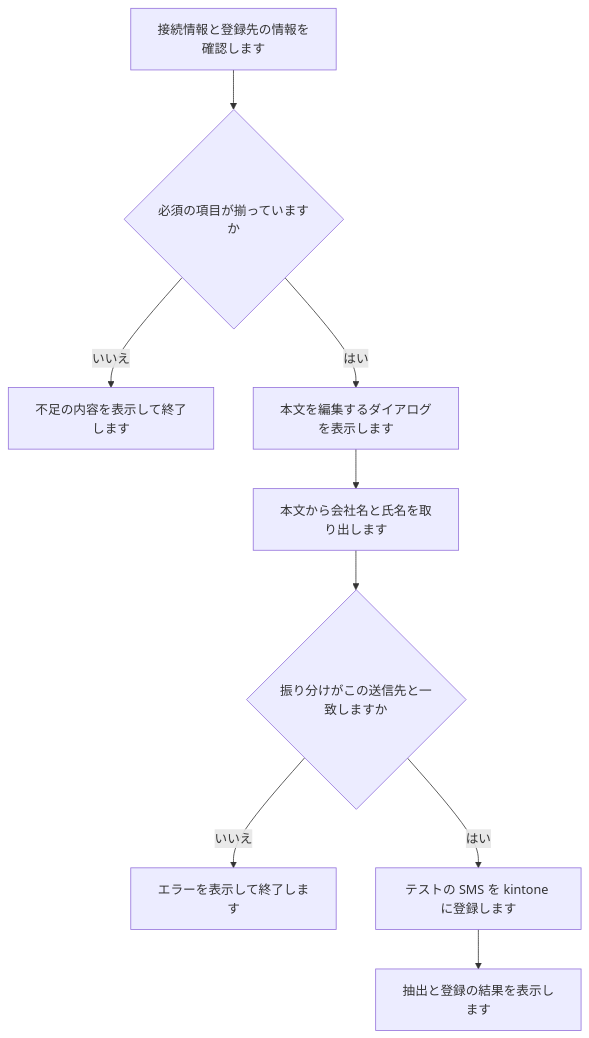
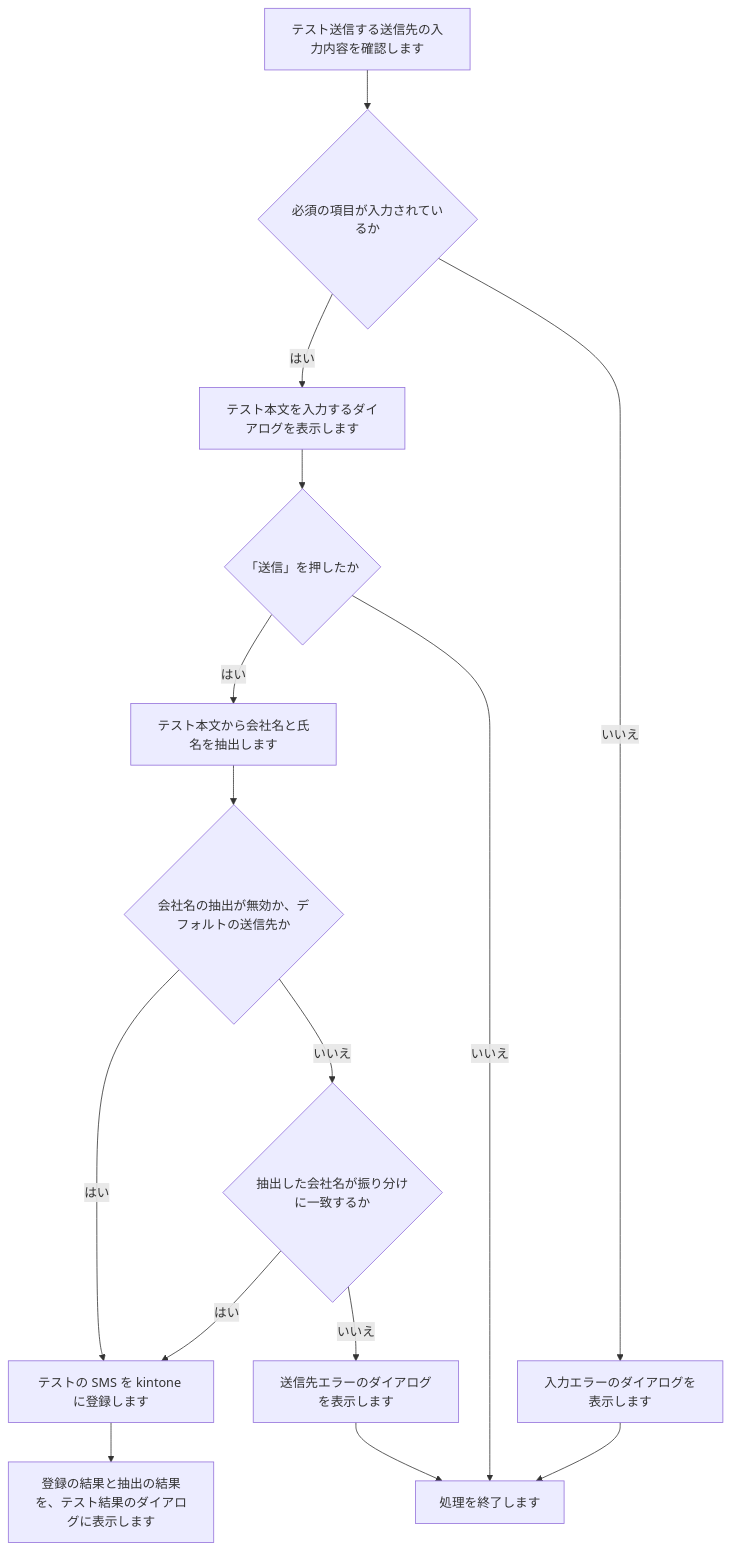
One commit to nishida2073/project_management changed diagram 11 of 33 in tool/smstokintone/doc/02_設計/処理フロー.md. Above: the diagram before and after it, drawn with Mermaid. The commit also changed other lines of this file and 5 other files, not shown here.

````diff
--- a/tool/smstokintone/doc/02_設計/処理フロー.md
+++ b/tool/smstokintone/doc/02_設計/処理フロー.md
@@ -133,11 +186,13 @@
 ```mermaid
 flowchart TD
-  A[接続情報と登録先の情報を確認します] --> B{必須の項目が揃っていますか}
-  B -- いいえ --> C[不足の内容を表示して終了します]
-  B -- はい --> D[本文を編集するダイアログを表示します]
-  D --> E[本文から会社名と氏名を取り出します]
-  E --> F{振り分けがこの送信先と一致しますか}
-  F -- いいえ --> G[エラーを表示して終了します]
-  F -- はい --> H[テストの SMS を kintone に登録します]
-  H --> I[抽出と登録の結果を表示します]
+  A["テスト送信する送信先の入力内容を確認します"] --> B{"必須の項目が入力されているか"}
+  B -- はい --> E["テスト本文を入力するダイアログを表示します"] --> F{"「送信」を押したか"}
+  B -- いいえ --> C["入力エラーのダイアログを表示します"] --> D["処理を終了します"]
+  F -- はい --> G["テスト本文から会社名と氏名を抽出します"] --> H{"会社名の抽出が無効か、デフォルトの送信先か"}
+  F -- いいえ --> D
+  H -- はい --> J["テストの SMS を kintone に登録します"]
+  H -- いいえ --> I{"抽出した会社名が振り分けに一致するか"}
+  I -- はい --> J
+  I -- いいえ --> K["送信先エラーのダイアログを表示します"] --> D
+  J --> L["登録の結果と抽出の結果を、テスト結果のダイアログに表示します"]
 ```
````
